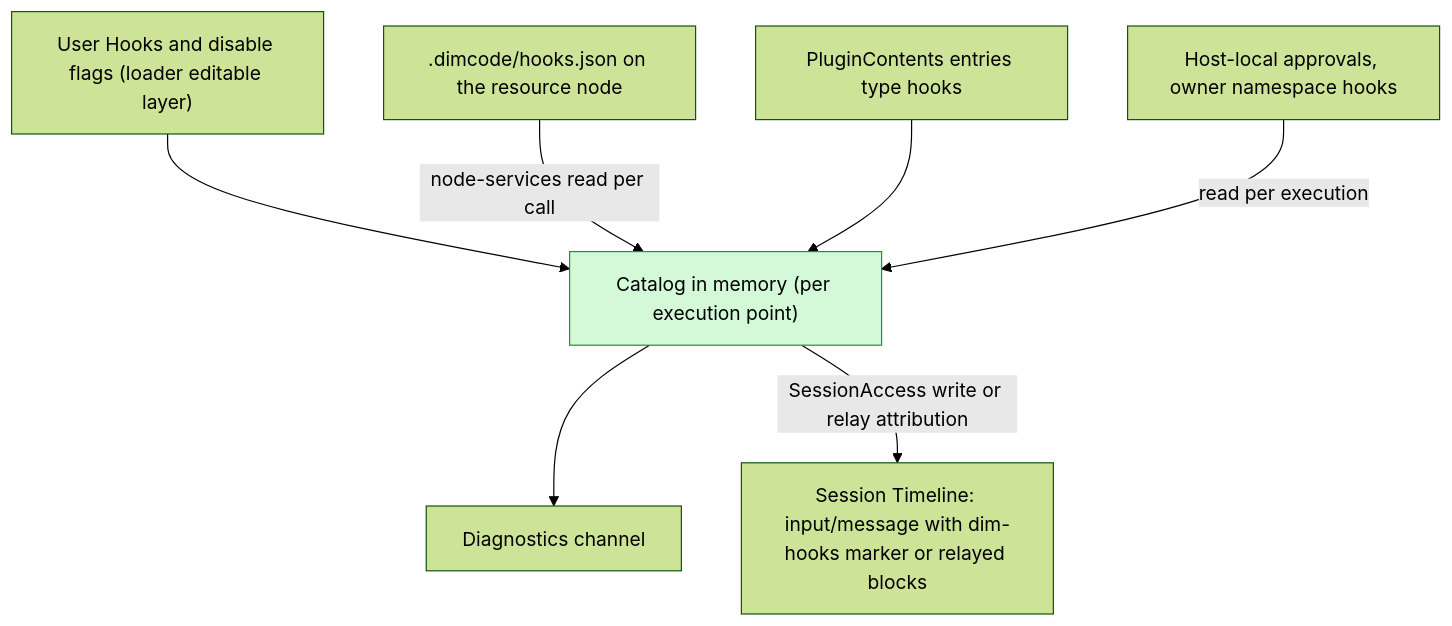
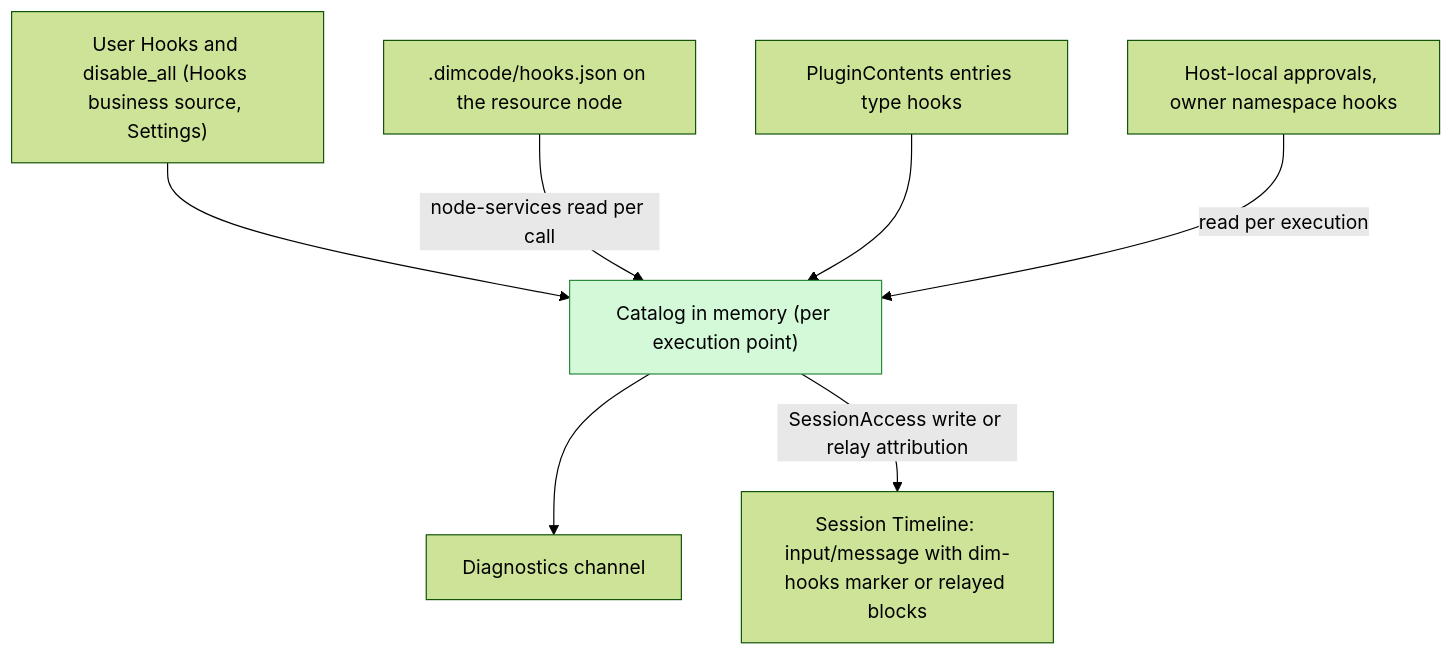
One commit to CoutinhoTTS/dim-agent changed the second of 6 diagrams in docs/design/plugins/Hooks.md. Above: the diagram before and after it, drawn with Mermaid (forest theme). The commit also changed other lines of this file and 3 other files, not shown here.

````diff
--- a/docs/design/plugins/Hooks.md
+++ b/docs/design/plugins/Hooks.md
@@ -52,18 +52,18 @@
 ```mermaid
 flowchart TB
-  UserCfg["User Hooks and disable flags (loader editable layer)"]
+  UserCfg["User Hooks and disable_all (Hooks business source, Settings)"]
   ProjFile[".dimcode/hooks.json on the resource node"]
   PlugCfg["PluginContents entries type hooks"]
   Grants["Host-local approvals, owner namespace hooks"]
   Catalog["Catalog in memory (per execution point)"]
   Diag["Diagnostics channel"]
   TL["Session Timeline: input/message with dim-hooks marker or relayed blocks"]
   UserCfg --> Catalog
   ProjFile -->|node-services read per call| Catalog
   PlugCfg --> Catalog
   Grants -->|read per execution| Catalog
   Catalog --> Diag
   Catalog -->|SessionAccess write or relay attribution| TL
   classDef new fill:#d3f9d8,stroke:#2b8a3e,color:#000
   class Catalog new
 ```
````
